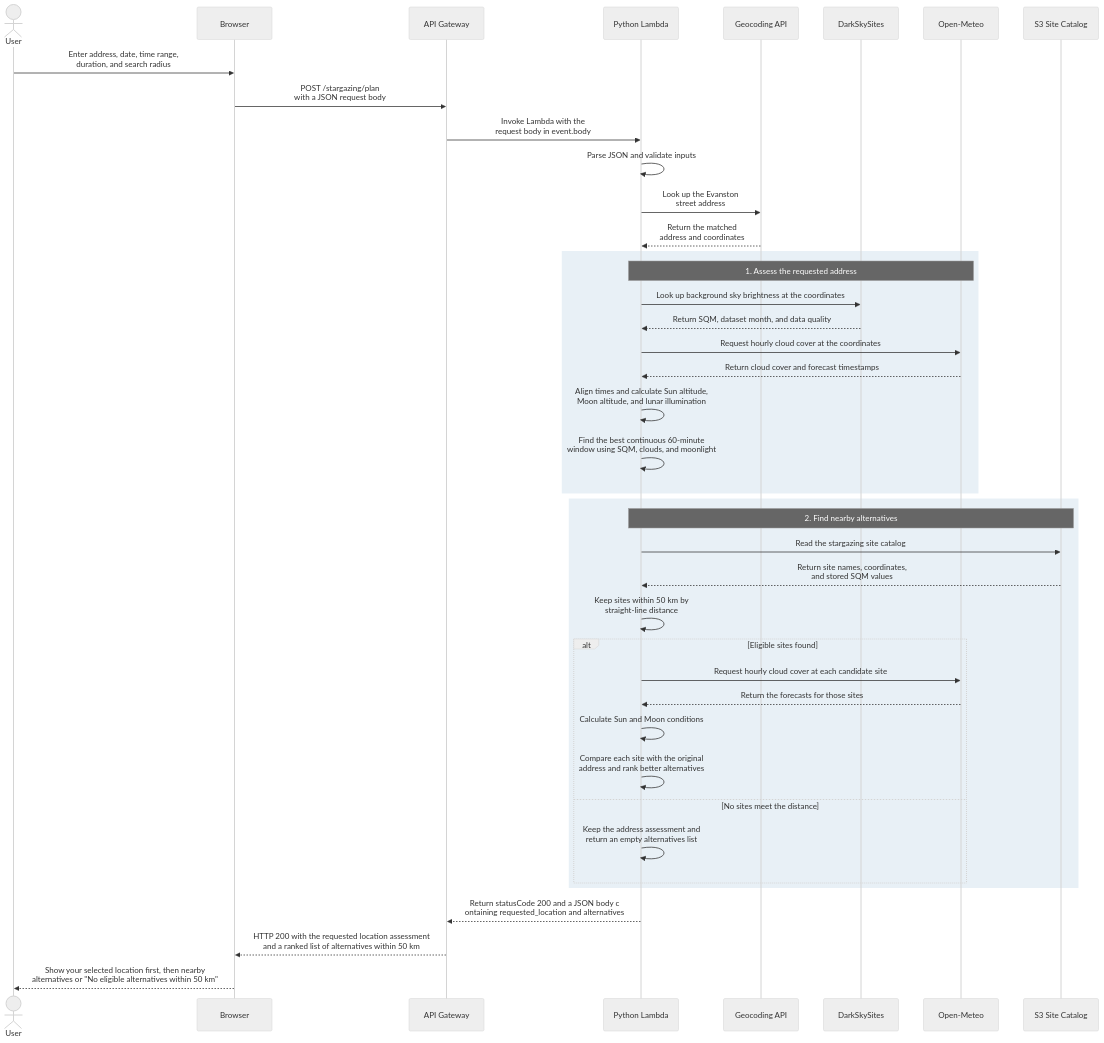
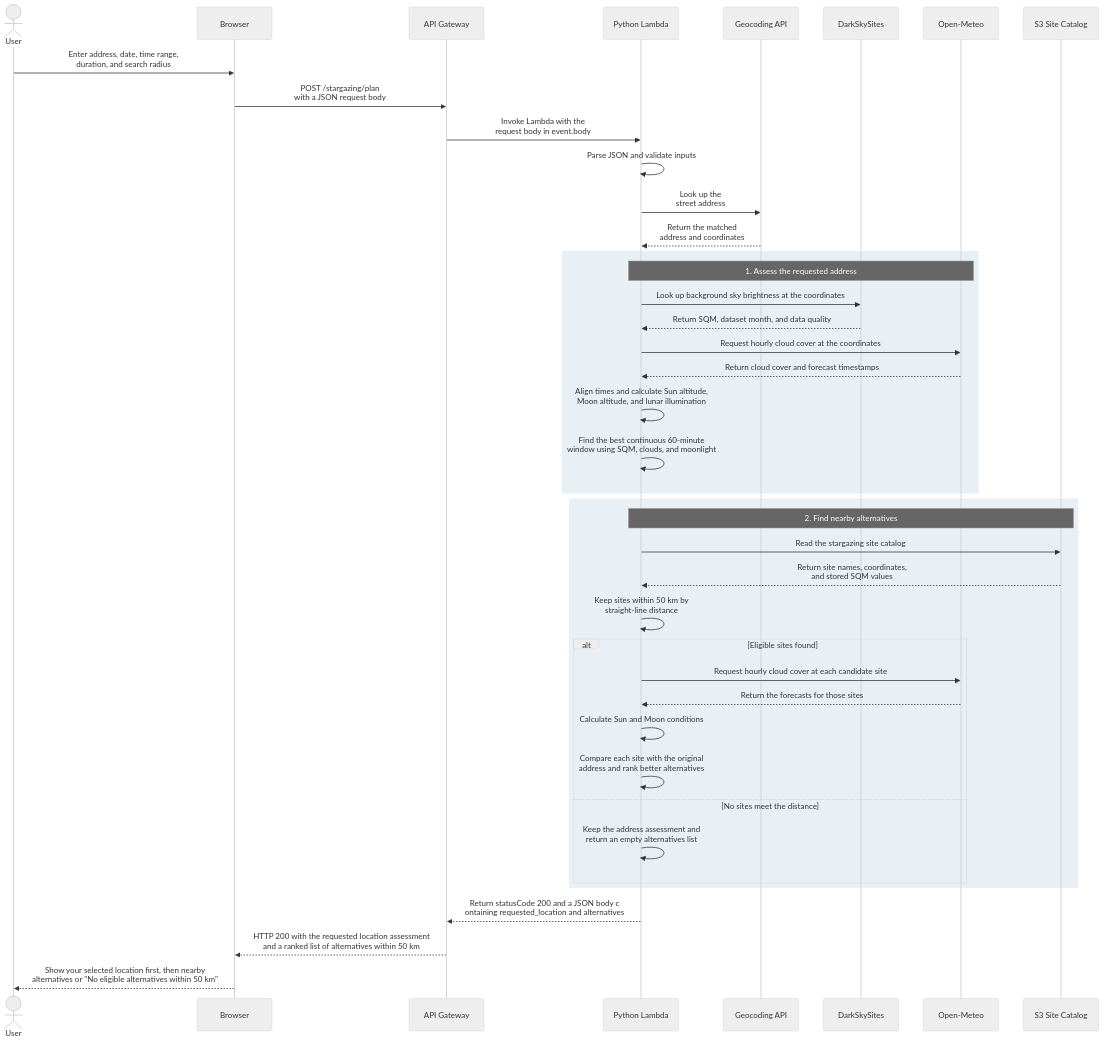
One commit to YurouQuan/Stargazing changed the diagram in Final Project Proposal.md. Above: the diagram before and after it, drawn with Mermaid (neutral theme). The commit also changed other lines of this file, not shown here.

Commit message:
Update Final Project Proposal.md

````diff
--- a/Final Project Proposal.md
+++ b/Final Project Proposal.md
@@ -14,51 +15,51 @@
 ```mermaid
 ---
 config:
  useMaxWidth: true
 ---
 sequenceDiagram
     actor U as User
     participant B as Browser
     participant G as API Gateway
     participant L as Python Lambda
     participant A as Geocoding API
     participant D as DarkSkySites
     participant W as Open-Meteo
     participant S as S3 Site Catalog
 
     U->>B: Enter address, date, time range, <br> duration, and search radius
     B->>G: POST /stargazing/plan <br>with a JSON request body
     G->>L: Invoke Lambda with the <br>request body in event.body
     L->>L: Parse JSON and validate inputs
-    L->>A: Look up the Evanston <br>street address
+    L->>A: Look up the <br>street address
     A-->>L: Return the matched <br>address and coordinates
 
     rect rgba(70, 130, 180, 0.12)
         Note over L,W: 1. Assess the requested address
         L->>D: Look up background sky brightness at the coordinates
         D-->>L: Return SQM, dataset month, and data quality
         L->>W: Request hourly cloud cover at the coordinates
         W-->>L: Return cloud cover and forecast timestamps
         L->>L: Align times and calculate Sun altitude, <br>Moon altitude, and lunar illumination
         L->>L: Find the best continuous 60-minute <br>window using SQM, clouds, and moonlight
     end
 
     rect rgba(70, 130, 180, 0.12)
         Note over L,S: 2. Find nearby alternatives
         L->>S: Read the stargazing site catalog
         S-->>L: Return site names, coordinates, <br> and stored SQM values
         L->>L: Keep sites within 50 km by <br>straight-line distance
         alt Eligible sites found
             L->>W: Request hourly cloud cover at each candidate site
             W-->>L: Return the forecasts for those sites
             L->>L: Calculate Sun and Moon conditions
             L->>L: Compare each site with the original <br>address and rank better alternatives
         else No sites meet the distance
             L->>L: Keep the address assessment and <br>return an empty alternatives list
         end
     end
 
     L-->>G: Return statusCode 200 and a JSON body c<br>ontaining requested_location and alternatives
     G-->>B: HTTP 200 with the requested location assessment <br> and a ranked list of alternatives within 50 km
     B-->>U: Show your selected location first, then nearby <br> alternatives or "No eligible alternatives within 50 km"
 ```
````
